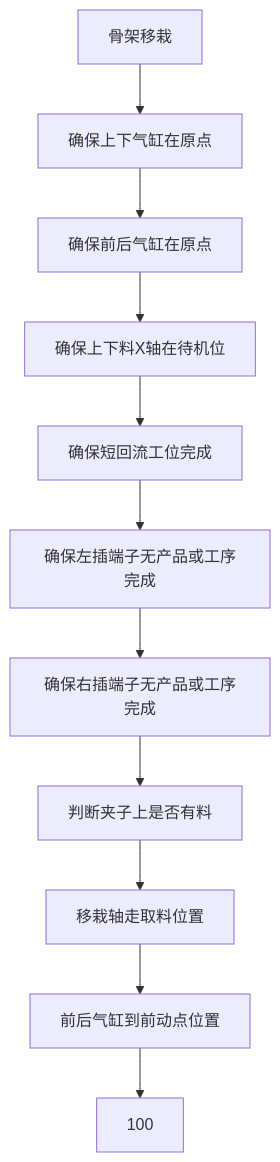
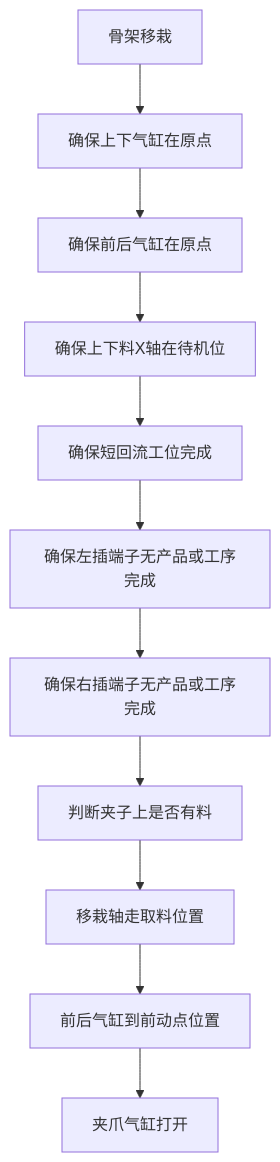
Before and after one commit to zmq000/iodraw-files: the diagram in all/VR-OP90骨架移栽.md, drawn with Mermaid.

Commit message:
2026-06-18 10:42:15 update

````diff
--- a/all/VR-OP90骨架移栽.md
+++ b/all/VR-OP90骨架移栽.md
@@ -1,17 +1,17 @@
 ```mermaid
 graph TD
    0[骨架移栽]-->10
    10[确保上下气缸在原点]-->20
    20[确保前后气缸在原点]-->30
    30[确保上下料X轴在待机位]-->40
    40[确保短回流工位完成]-->50
    50[确保左插端子无产品或工序完成]-->60
    60[确保右插端子无产品或工序完成]-->70
    70[判断夹子上是否有料]-->80
    80[移栽轴走取料位置]-->90
    90[前后气缸到前动点位置]-->100
-   100
+   100[夹爪气缸打开]
 
 
   
 ```
````
